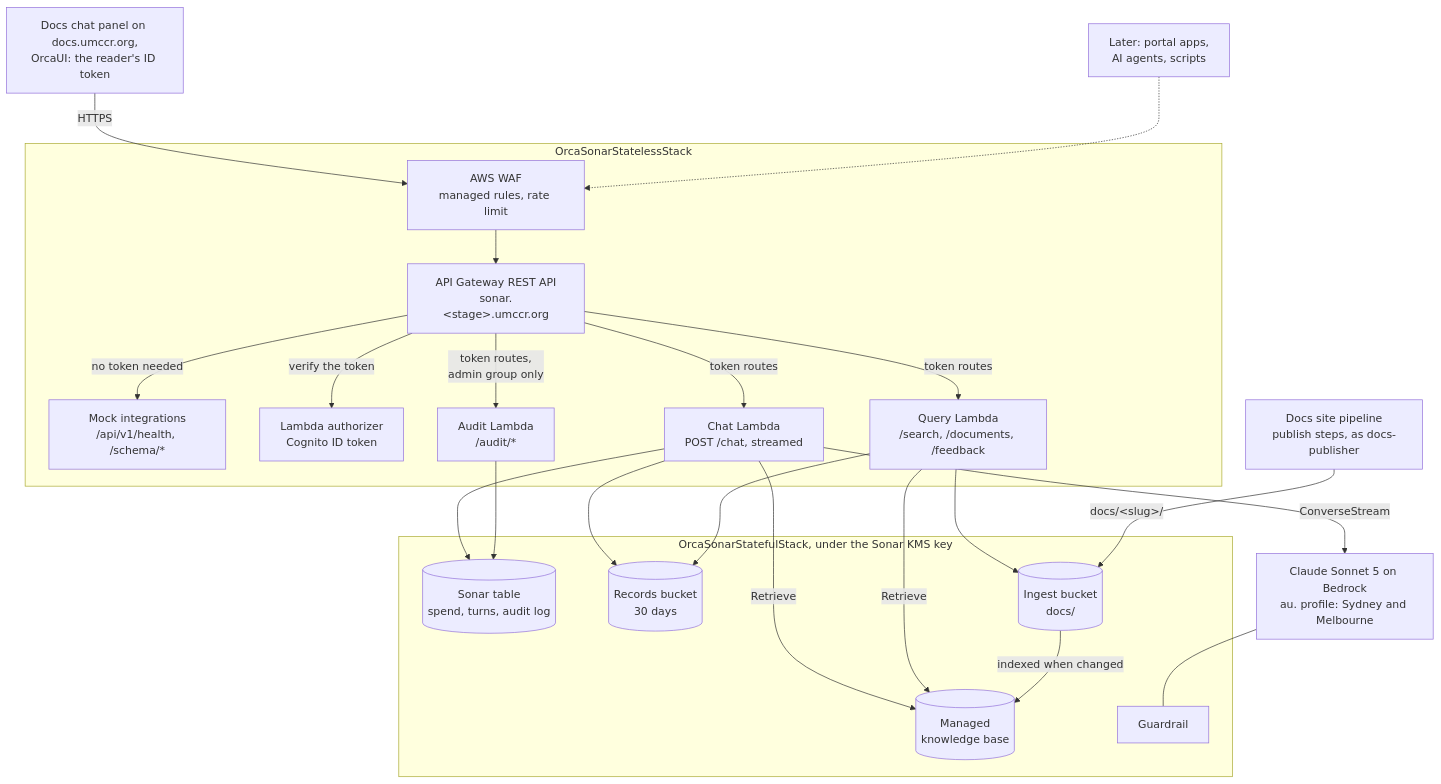
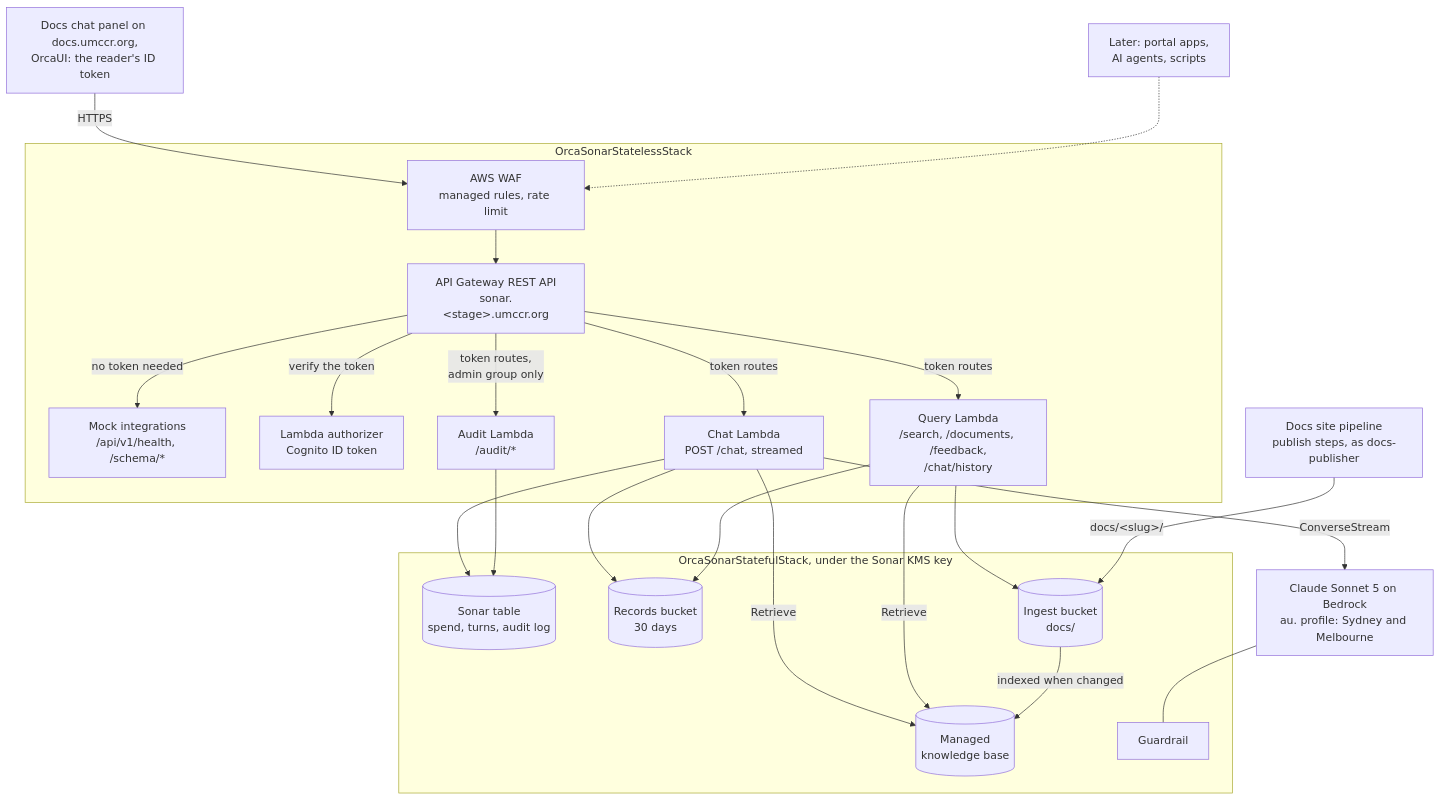
The first of 7 diagrams in docs/design.md (umccr/orcasonar), drawn with Mermaid before and after one commit. The commit also changed other lines of this file and 25 other files, not shown here.

Commit message:
Reader chat history, audit conversations, and the localhost client in beta

````diff
--- a/docs/design.md
+++ b/docs/design.md
@@ -56,37 +56,37 @@
 ```mermaid
 flowchart TB
     panel["Docs chat panel on docs.umccr.org,<br/>OrcaUI: the reader's ID token"]
     later["Later: portal apps,<br/>AI agents, scripts"]
 
     subgraph stateless["OrcaSonarStatelessStack"]
         waf["AWS WAF<br/>managed rules, rate limit"] --> api["API Gateway REST API<br/>sonar.#lt;stage#gt;.umccr.org"]
         api -- "no token needed" --> mock["Mock integrations<br/>/api/v1/health, /schema/*"]
         api -- "verify the token" --> authz["Lambda authorizer<br/>Cognito ID token"]
         api -- "token routes" --> chat["Chat Lambda<br/>POST /chat, streamed"]
-        api -- "token routes" --> query["Query Lambda<br/>/search, /documents, /feedback"]
+        api -- "token routes" --> query["Query Lambda<br/>/search, /documents, /feedback,<br/>/chat/history"]
         api -- "token routes,<br/>admin group only" --> audit["Audit Lambda<br/>/audit/*"]
     end
 
     subgraph stateful["OrcaSonarStatefulStack, under the Sonar KMS key"]
         table[("Sonar table<br/>spend, turns, audit log")]
         records[("Records bucket<br/>30 days")]
         kb[("Managed<br/>knowledge base")]
         ingest[("Ingest bucket<br/>docs/")]
         guardrail["Guardrail"]
     end
 
     claude["Claude Sonnet 5 on Bedrock<br/>au. profile: Sydney and Melbourne"]
     publish["Docs site pipeline<br/>publish steps, as docs-publisher"]
 
     panel -- "HTTPS" --> waf
     later -.-> waf
     chat --> table & records
     chat -- "Retrieve" --> kb
     chat -- "ConverseStream" --> claude
     claude --- guardrail
     query -- "Retrieve" --> kb
     query --> ingest & records
     audit --> table
     publish -- "docs/#lt;slug#gt;/" --> ingest
     ingest -- "indexed when changed" --> kb
 ```
````
